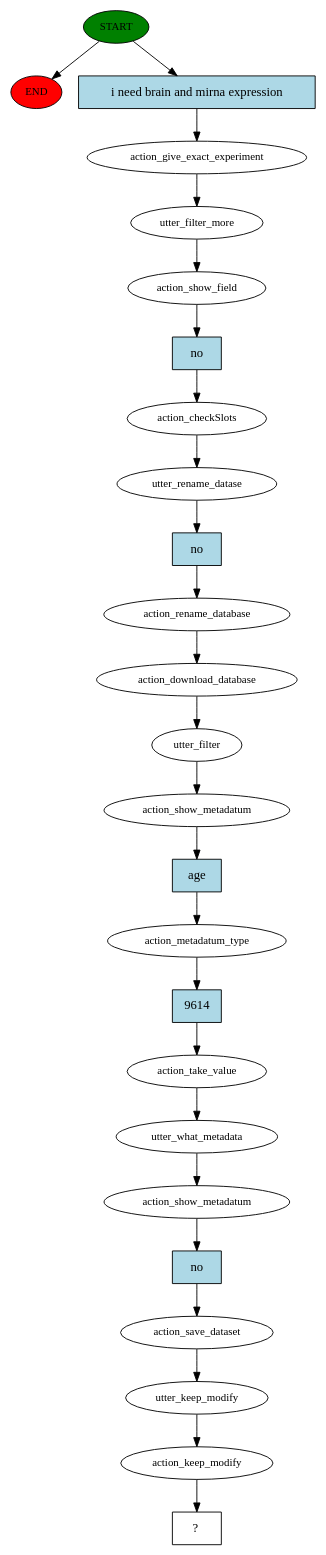
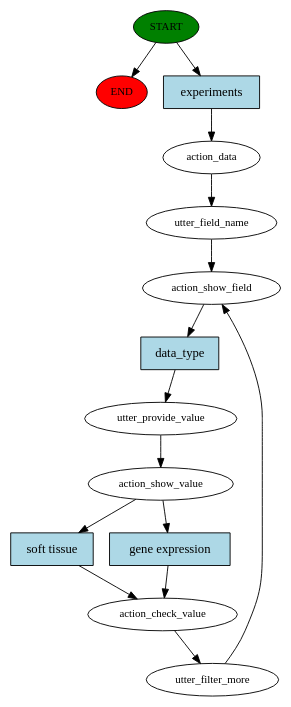
Before and after one commit to DEIB-GECO/GeCo-5.0: the diagram in backend/geco/story_graph.dot, drawn with Graphviz. The commit also changed 7 other files, not shown here.

```diff
--- a/backend/geco/story_graph.dot
+++ b/backend/geco/story_graph.dot
@@ -1,51 +1,29 @@
 digraph  {
 0 [class="start active", fillcolor=green, fontsize=12, label=START, style=filled];
 "-1" [class=end, fillcolor=red, fontsize=12, label=END, style=filled];
-1 [class=active, fontsize=12, label=action_give_exact_experiment];
-2 [class=active, fontsize=12, label=utter_filter_more];
+1 [class=active, fontsize=12, label=action_data];
+2 [class=active, fontsize=12, label=utter_field_name];
 3 [class=active, fontsize=12, label=action_show_field];
-4 [class=active, fontsize=12, label=action_checkSlots];
-5 [class=active, fontsize=12, label=utter_rename_datase];
-6 [class=active, fontsize=12, label=action_rename_database];
-7 [class=active, fontsize=12, label=action_download_database];
-8 [class=active, fontsize=12, label=utter_filter];
-9 [class=active, fontsize=12, label=action_show_metadatum];
-10 [class=active, fontsize=12, label=action_metadatum_type];
-11 [class=active, fontsize=12, label=action_take_value];
-12 [class=active, fontsize=12, label=utter_what_metadata];
-13 [class=active, fontsize=12, label=action_show_metadatum];
-14 [class=active, fontsize=12, label=action_save_dataset];
-15 [class=active, fontsize=12, label=utter_keep_modify];
-16 [class=active, fontsize=12, label=action_keep_modify];
-17 [class="intent dashed active", label="  ?  ", shape=rect];
-18 [class="intent active", fillcolor=lightblue, label="i need brain and mirna expression", shape=rect, style=filled];
-19 [class="intent active", fillcolor=lightblue, label=no, shape=rect, style=filled];
-20 [class="intent active", fillcolor=lightblue, label=no, shape=rect, style=filled];
-21 [class="intent active", fillcolor=lightblue, label=age, shape=rect, style=filled];
-22 [class="intent active", fillcolor=lightblue, label=9614, shape=rect, style=filled];
-23 [class="intent active", fillcolor=lightblue, label=no, shape=rect, style=filled];
+4 [class=active, fontsize=12, label=utter_provide_value];
+5 [class=active, fontsize=12, label=action_show_value];
+6 [class=active, fontsize=12, label=action_check_value];
+7 [class="active dashed", fontsize=12, label=utter_filter_more];
+13 [class="intent active", fillcolor=lightblue, label=experiments, shape=rect, style=filled];
+14 [class="intent active", fillcolor=lightblue, label=data_type, shape=rect, style=filled];
+15 [class="intent active", fillcolor=lightblue, label="soft tissue", shape=rect, style=filled];
+16 [class="intent active", fillcolor=lightblue, label="gene expression", shape=rect, style=filled];
 0 -> "-1"  [class="", key=NONE, label=""];
-0 -> 18  [class=active, key=0];
+0 -> 13  [class=active, key=0];
 1 -> 2  [class=active, key=NONE, label=""];
 2 -> 3  [class=active, key=NONE, label=""];
-3 -> 19  [class=active, key=0];
+3 -> 14  [class=active, key=0];
 4 -> 5  [class=active, key=NONE, label=""];
-5 -> 20  [class=active, key=0];
+5 -> 15  [class=active, key=0];
+5 -> 16  [class=active, key=0];
 6 -> 7  [class=active, key=NONE, label=""];
-7 -> 8  [class=active, key=NONE, label=""];
-8 -> 9  [class=active, key=NONE, label=""];
-9 -> 21  [class=active, key=0];
-10 -> 22  [class=active, key=0];
-11 -> 12  [class=active, key=NONE, label=""];
-12 -> 13  [class=active, key=NONE, label=""];
-13 -> 23  [class=active, key=0];
-14 -> 15  [class=active, key=NONE, label=""];
-15 -> 16  [class=active, key=NONE, label=""];
-16 -> 17  [class=active, key=NONE, label=""];
-18 -> 1  [class=active, key=0];
-19 -> 4  [class=active, key=0];
-20 -> 6  [class=active, key=0];
-21 -> 10  [class=active, key=0];
-22 -> 11  [class=active, key=0];
-23 -> 14  [class=active, key=0];
+7 -> 3  [class=active, key=NONE, label=""];
+13 -> 1  [class=active, key=0];
+14 -> 4  [class=active, key=0];
+15 -> 6  [class=active, key=0];
+16 -> 6  [class=active, key=0];
 }
```
